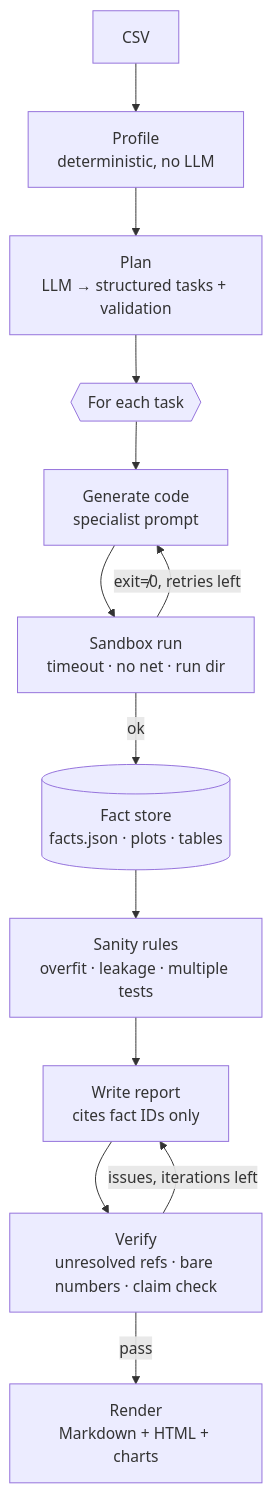
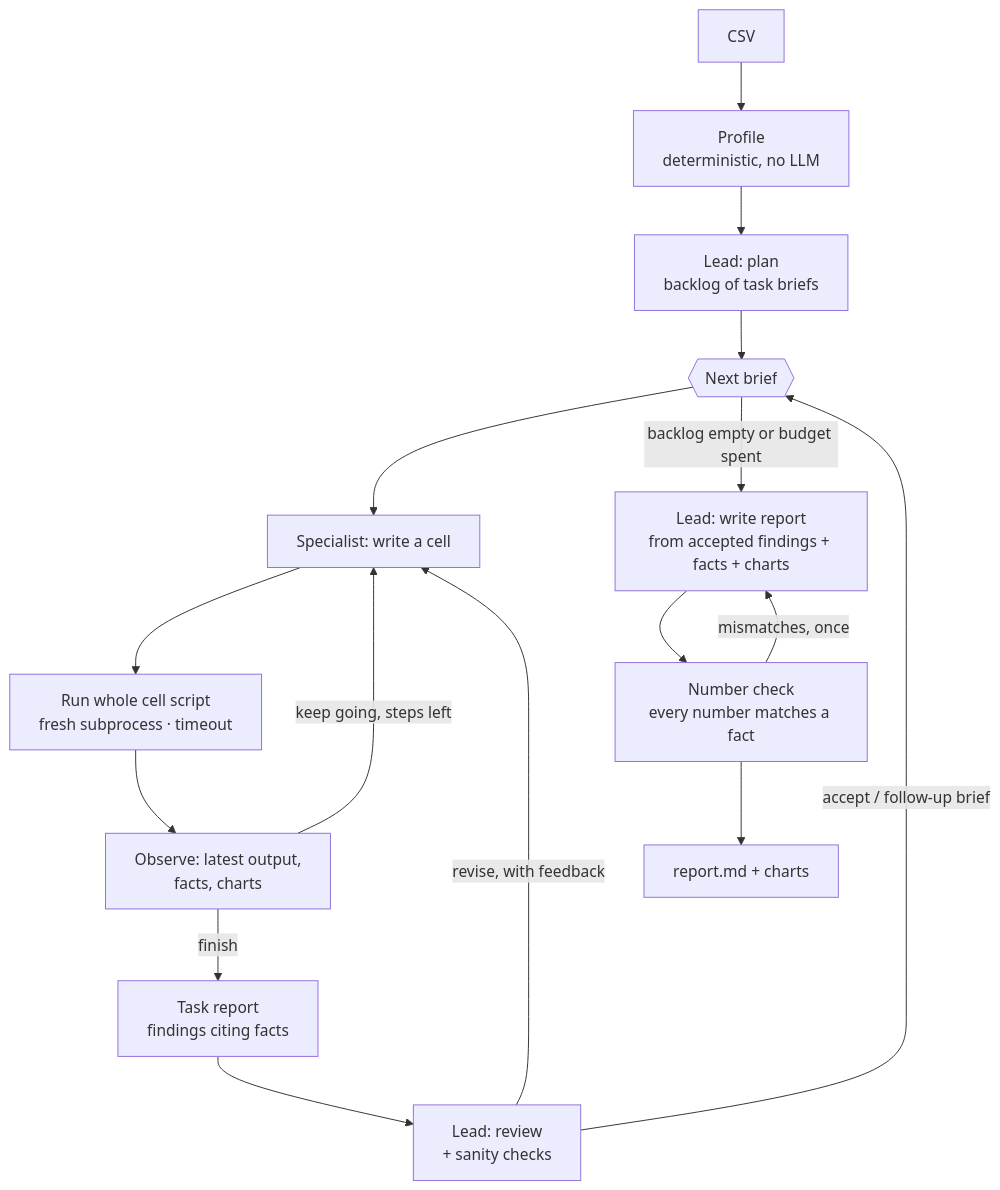
Before and after one commit to avamys/data-analyst-agent: the diagram in PLAN.md, drawn with Mermaid. The commit also changed other lines of this file and 3 other files, not shown here.

````diff
--- a/PLAN.md
+++ b/PLAN.md
@@ -46,15 +48,18 @@
 ```mermaid
 flowchart TD
     A[CSV] --> P[Profile<br/>deterministic, no LLM]
-    P --> PL[Plan<br/>LLM → structured tasks + validation]
-    PL --> X{{For each task}}
-    X --> G[Generate code<br/>specialist prompt]
-    G --> S[Sandbox run<br/>timeout · no net · run dir]
-    S -->|exit≠0, retries left| G
-    S -->|ok| F[(Fact store<br/>facts.json · plots · tables)]
-    F --> R[Sanity rules<br/>overfit · leakage · multiple tests]
-    R --> W[Write report<br/>cites fact IDs only]
-    W --> V[Verify<br/>unresolved refs · bare numbers · claim check]
-    V -->|issues, iterations left| W
-    V -->|pass| O[Render<br/>Markdown + HTML + charts]
+    P --> LP[Lead: plan<br/>backlog of task briefs]
+    LP --> D{{Next brief}}
+    D --> S1[Specialist: write a cell]
+    S1 --> R[Run whole cell script<br/>fresh subprocess · timeout]
+    R --> O[Observe: latest output,<br/>facts, charts]
+    O -->|keep going, steps left| S1
+    O -->|finish| TR[Task report<br/>findings citing facts]
+    TR --> LR[Lead: review<br/>+ sanity checks]
+    LR -->|revise, with feedback| S1
+    LR -->|accept / follow-up brief| D
+    D -->|backlog empty or budget spent| W[Lead: write report<br/>from accepted findings + facts + charts]
+    W --> C[Number check<br/>every number matches a fact]
+    C -->|mismatches, once| W
+    C --> OUT[report.md + charts]
 ```
````
